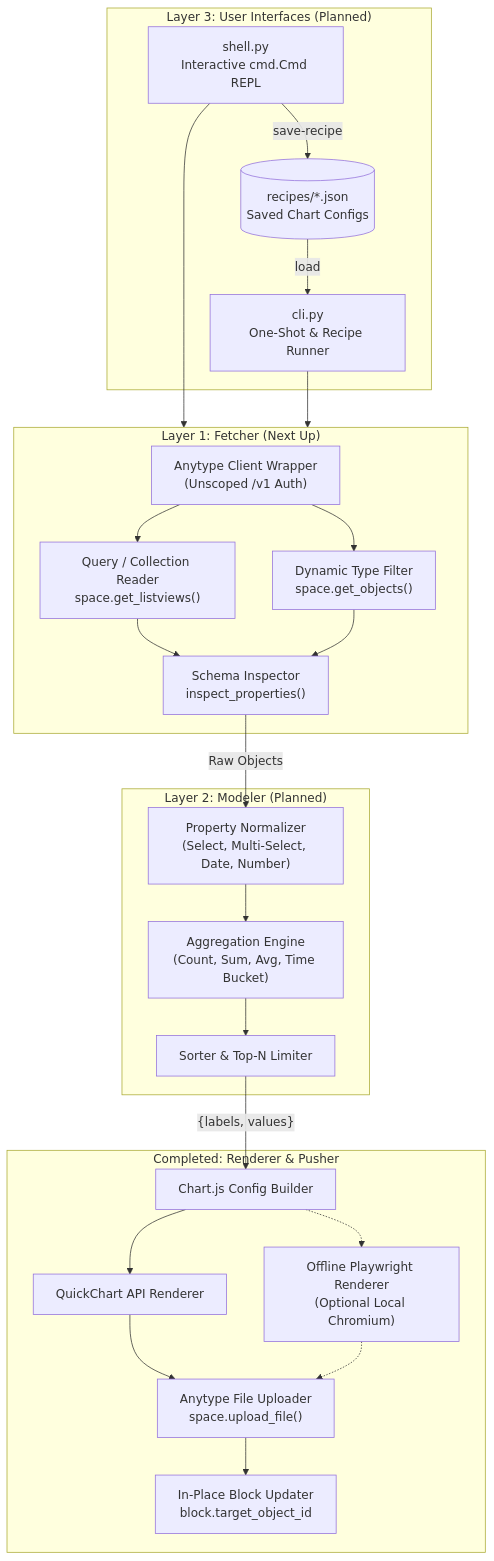
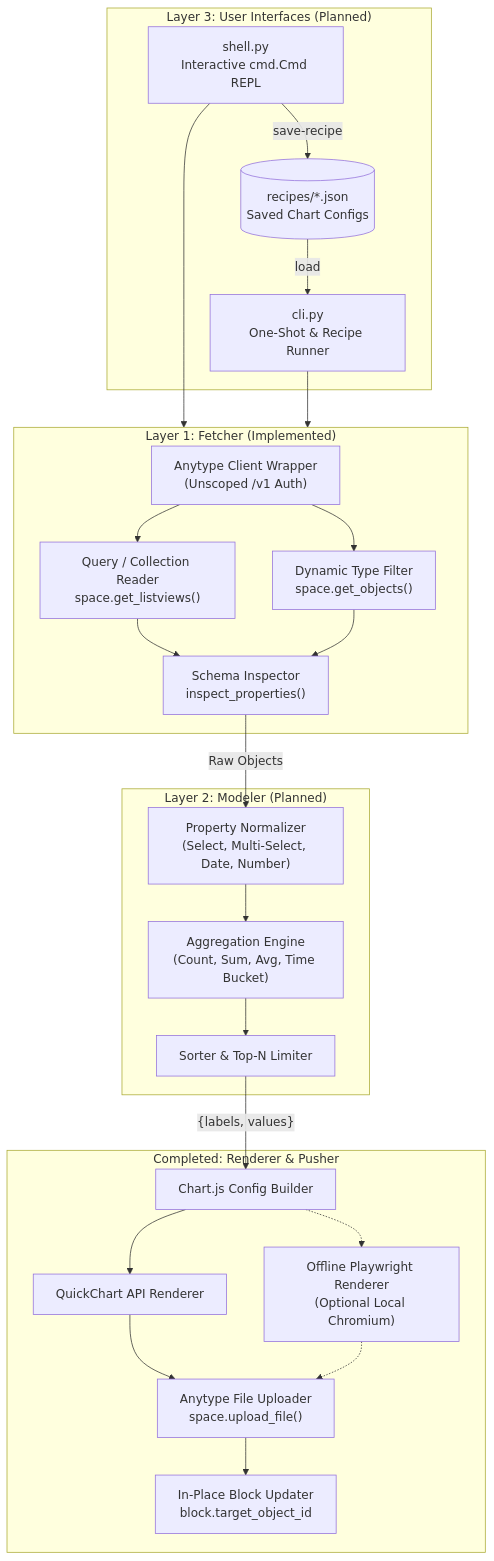
One commit to pennslip-labs/anychart changed the diagram in docs/system_architecture_layers.md. Above: the diagram before and after it, drawn with Mermaid. The commit also changed other lines of this file and 6 other files, not shown here.

Commit message:
main object fetching pipeline installed. as well as the update of the docs to reflect the available commands. still need to figure out a reasonable solution to page selction and object injection to said page

````diff
--- a/docs/system_architecture_layers.md
+++ b/docs/system_architecture_layers.md
@@ -9,45 +9,45 @@
 ```mermaid
 flowchart TD
     subgraph Interfaces["Layer 3: User Interfaces (Planned)"]
         REPL["shell.py\nInteractive cmd.Cmd REPL"]
         CLI["cli.py\nOne-Shot & Recipe Runner"]
         Recipe[("recipes/*.json\nSaved Chart Configs")]
         REPL -->|save-recipe| Recipe
         Recipe -->|load| CLI
     end
 
-    subgraph Fetch["Layer 1: Fetcher (Next Up)"]
+    subgraph Fetch["Layer 1: Fetcher (Implemented)"]
         Client["Anytype Client Wrapper\n(Unscoped /v1 Auth)"]
         QFetch["Query / Collection Reader\nspace.get_listviews()"]
         TFetch["Dynamic Type Filter\nspace.get_objects()"]
         Schema["Schema Inspector\ninspect_properties()"]
         Client --> QFetch
         Client --> TFetch
         QFetch --> Schema
         TFetch --> Schema
     end
 
     subgraph Model["Layer 2: Modeler (Planned)"]
         Norm["Property Normalizer\n(Select, Multi-Select, Date, Number)"]
         Agg["Aggregation Engine\n(Count, Sum, Avg, Time Bucket)"]
         Sort["Sorter & Top-N Limiter"]
         Norm --> Agg --> Sort
     end
 
     subgraph Push["Completed: Renderer & Pusher"]
         Builder["Chart.js Config Builder"]
         Quick["QuickChart API Renderer"]
         Play["Offline Playwright Renderer\n(Optional Local Chromium)"]
         Uploader["Anytype File Uploader\nspace.upload_file()"]
         Swapper["In-Place Block Updater\nblock.target_object_id"]
         Builder --> Quick
         Builder -.-> Play
         Quick --> Uploader --> Swapper
         Play -.-> Uploader
     end
 
     REPL --> Fetch
     CLI --> Fetch
     Schema -->|Raw Objects| Norm
     Sort -->|"{labels, values}"| Builder
 ```
````
